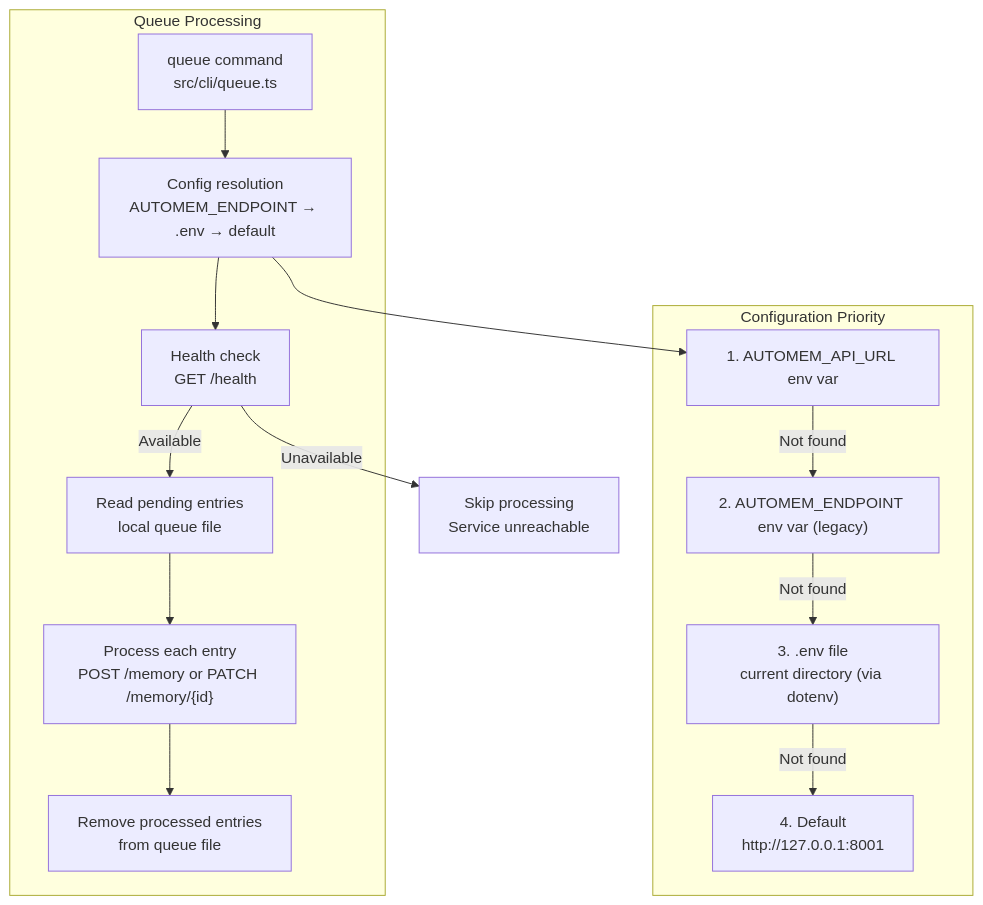
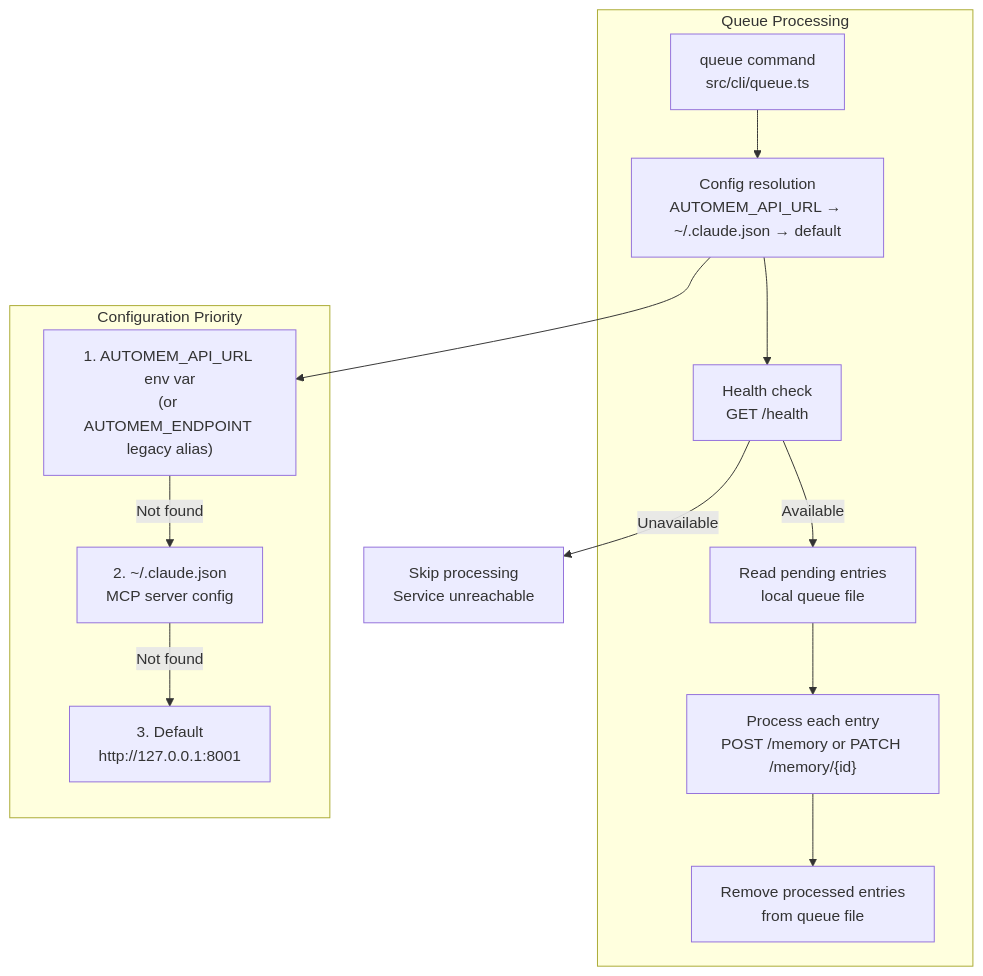
The fourth of 4 diagrams in src/content/docs/docs/cli/queue.md (verygoodplugins/automem-website), drawn with Mermaid before and after one commit. The commit also changed other lines of this file, not shown here.

Commit message:
docs: fix drift in Queue Management CLI page
- Fixed config priority text: .env file (via dotenv)→~/.claude.json MCP server config (actual code reads ~/.claude.json, not a .env file)
- Fixed Mermaid ConfigResolve node label: AUTOMEM_ENDPOINT→AUTOMEM_API_URL
- Collapsed 4-step Mermaid priority subgraph to 3 steps matching code: env var (AUTOMEM_API_URL|AUTOMEM_ENDPOINT) → ~/.claude.json → default
- Updated src/types.ts permalink: b81c63ae→34fcfe2b

https://claude.ai/code/session_015jEfsz9M9542zfXvBKw4yu

````diff
--- a/src/content/docs/docs/cli/queue.md
+++ b/src/content/docs/docs/cli/queue.md
@@ -322,30 +322,28 @@
 ```mermaid
 graph TB
     subgraph "Queue Processing"
         QueueCmd["queue command<br/>src/cli/queue.ts"]
-        ConfigResolve["Config resolution<br/>AUTOMEM_ENDPOINT → .env → default"]
+        ConfigResolve["Config resolution<br/>AUTOMEM_API_URL → ~/.claude.json → default"]
         HealthCheck["Health check<br/>GET /health"]
         QueueEntries["Read pending entries<br/>local queue file"]
         ProcessEntry["Process each entry<br/>POST /memory or PATCH /memory/{id}"]
         Cleanup["Remove processed entries<br/>from queue file"]
     end
 
     subgraph "Configuration Priority"
-        EnvVars["1. AUTOMEM_API_URL env var"]
-        EnvVarsLegacy["2. AUTOMEM_ENDPOINT env var (legacy)"]
-        EnvFile["3. .env file<br/>current directory (via dotenv)"]
-        Default["4. Default<br/>http://127.0.0.1:8001"]
+        EnvVars["1. AUTOMEM_API_URL env var<br/>(or AUTOMEM_ENDPOINT legacy alias)"]
+        EnvFile["2. ~/.claude.json<br/>MCP server config"]
+        Default["3. Default<br/>http://127.0.0.1:8001"]
     end
 
     QueueCmd --> ConfigResolve
     ConfigResolve --> EnvVars
-    EnvVars -->|Not found| EnvVarsLegacy
-    EnvVarsLegacy -->|Not found| EnvFile
+    EnvVars -->|Not found| EnvFile
     EnvFile -->|Not found| Default
 
     ConfigResolve --> HealthCheck
     HealthCheck -->|Available| QueueEntries
     HealthCheck -->|Unavailable| Skip["Skip processing<br/>Service unreachable"]
     QueueEntries --> ProcessEntry
     ProcessEntry --> Cleanup
 ```
````
